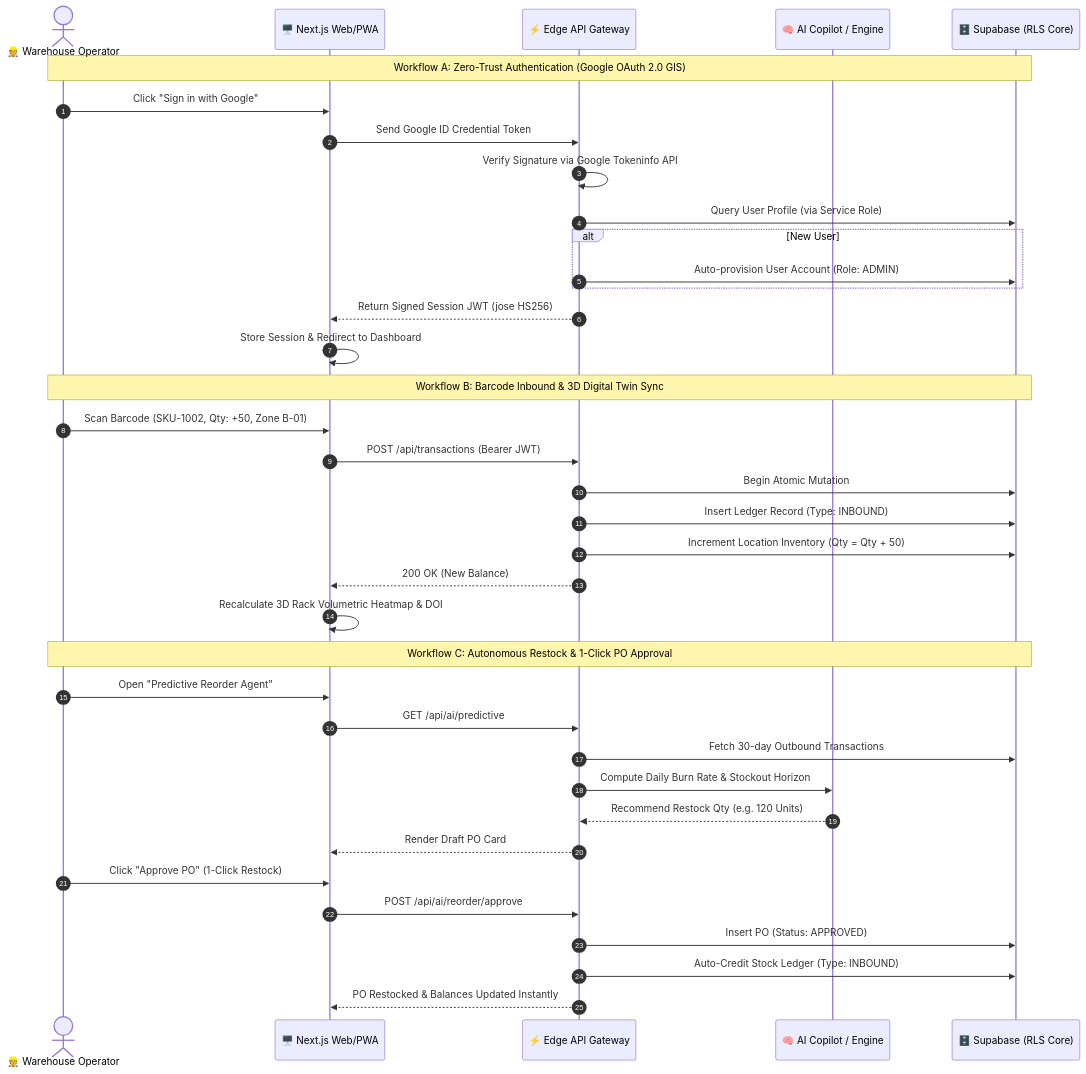
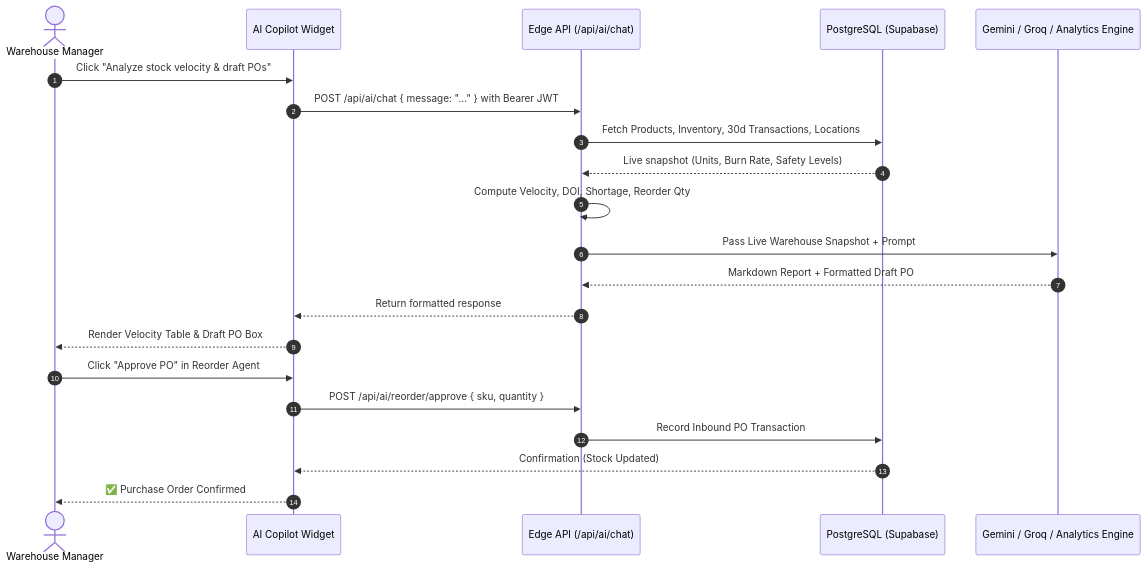
Before and after one commit to ZillerDX/Optitrack-WMS: the second of 4 diagrams in README.md, drawn with Mermaid. The commit also changed other lines of this file and 9 other files, not shown here.

Commit message:
feat(ui): redesign into sleek b2b saas, unify zero-config ai copilot, and update readme

````diff
--- a/README.md
+++ b/README.md
@@ -223,42 +174,24 @@
 ```mermaid
 sequenceDiagram
-  autonumber
-  actor Op as 👷 Warehouse Operator
-  participant UI as 🖥️ Next.js Web/PWA
-  participant Edge as ⚡ Edge API Gateway
-  participant AI as 🧠 AI Copilot / Engine
-  participant DB as 🗄️ Supabase (RLS Core)
+    autonumber
+    actor Manager as Warehouse Manager
+    participant Widget as AI Copilot Widget
+    participant API as Edge API (/api/ai/chat)
+    participant DB as PostgreSQL (Supabase)
+    participant LLM as Gemini / Groq / Analytics Engine
 
-  Note over Op,DB: Workflow A: Zero-Trust Authentication (Google OAuth 2.0 GIS)
-  Op->>UI: Click "Sign in with Google"
-  UI->>Edge: Send Google ID Credential Token
-  Edge->>Edge: Verify Signature via Google Tokeninfo API
-  Edge->>DB: Query User Profile (via Service Role)
-  alt New User
-    Edge->>DB: Auto-provision User Account (Role: ADMIN)
-  end
-  Edge-->>UI: Return Signed Session JWT (jose HS256)
-  UI->>UI: Store Session & Redirect to Dashboard
-
-  Note over Op,DB: Workflow B: Barcode Inbound & 3D Digital Twin Sync
-  Op->>UI: Scan Barcode (SKU-1002, Qty: +50, Zone B-01)
-  UI->>Edge: POST /api/transactions (Bearer JWT)
-  Edge->>DB: Begin Atomic Mutation
-  Edge->>DB: Insert Ledger Record (Type: INBOUND)
-  Edge->>DB: Increment Location Inventory (Qty = Qty + 50)
-  Edge-->>UI: 200 OK (New Balance)
-  UI->>UI: Recalculate 3D Rack Volumetric Heatmap & DOI
-
-  Note over Op,DB: Workflow C: Autonomous Restock & 1-Click PO Approval
-  Op->>UI: Open "Predictive Reorder Agent"
-  UI->>Edge: GET /api/ai/predictive
-  Edge->>DB: Fetch 30-day Outbound Transactions
-  Edge->>AI: Compute Daily Burn Rate & Stockout Horizon
-  AI-->>Edge: Recommend Restock Qty (e.g. 120 Units)
-  Edge-->>UI: Render Draft PO Card
-  Op->>UI: Click "Approve PO" (1-Click Restock)
-  UI->>Edge: POST /api/ai/reorder/approve
-  Edge->>DB: Insert PO (Status: APPROVED)
-  Edge->>DB: Auto-Credit Stock Ledger (Type: INBOUND)
-  Edge-->>UI: PO Restocked & Balances Updated Instantly
+    Manager->>Widget: Click "Analyze stock velocity & draft POs"
+    Widget->>API: POST /api/ai/chat { message: "..." } with Bearer JWT
+    API->>DB: Fetch Products, Inventory, 30d Transactions, Locations
+    DB-->>API: Live snapshot (Units, Burn Rate, Safety Levels)
+    API->>API: Compute Velocity, DOI, Shortage, Reorder Qty
+    API->>LLM: Pass Live Warehouse Snapshot + Prompt
+    LLM-->>API: Markdown Report + Formatted Draft PO
+    API-->>Widget: Return formatted response
+    Widget-->>Manager: Render Velocity Table & Draft PO Box
+    Manager->>Widget: Click "Approve PO" in Reorder Agent
+    Widget->>API: POST /api/ai/reorder/approve { sku, quantity }
+    API->>DB: Record Inbound PO Transaction
+    DB-->>Widget: Confirmation (Stock Updated)
+    Widget-->>Manager: ✅ Purchase Order Confirmed
 ```
````
